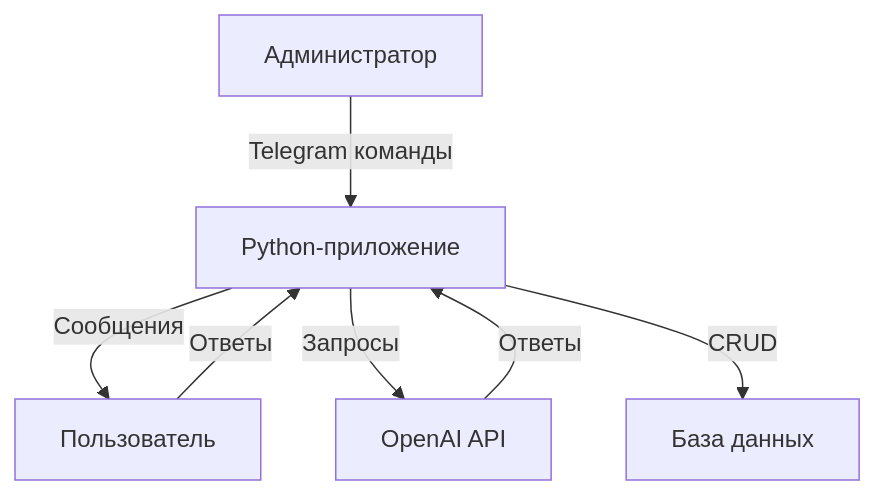
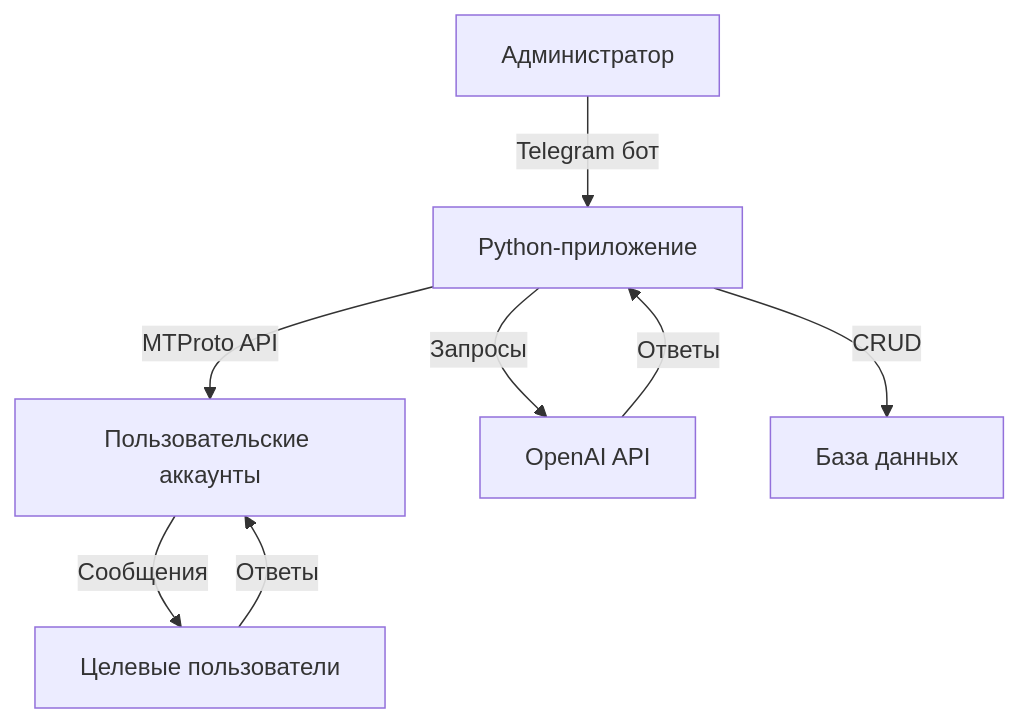
Before and after one commit to leshchenko1979/ai_sales: the diagram in docs/architecture_mvp.md, drawn with Mermaid. The commit also changed other lines of this file and 21 other files, not shown here.

````diff
--- a/docs/architecture_mvp.md
+++ b/docs/architecture_mvp.md
@@ -47,9 +59,10 @@
 ```mermaid
 graph TD
-A[Администратор] -->|Telegram команды| B[Python-приложение]
-B -->|Сообщения| C[Пользователь]
-C -->|Ответы| B
+A[Администратор] -->|Telegram бот| B[Python-приложение]
+B -->|MTProto API| F[Пользовательские аккаунты]
+F -->|Сообщения| C[Целевые пользователи]
+C -->|Ответы| F
 B -->|Запросы| D[OpenAI API]
 D -->|Ответы| B
 B -->|CRUD| E[База данных]
 ```
````
